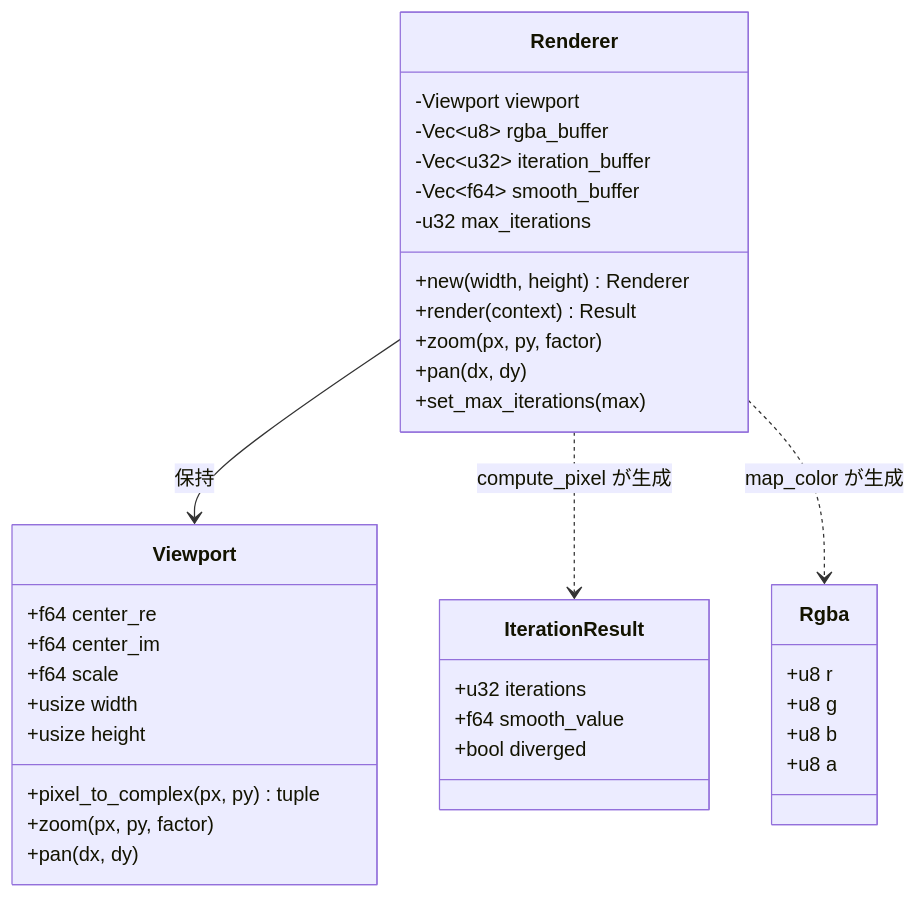
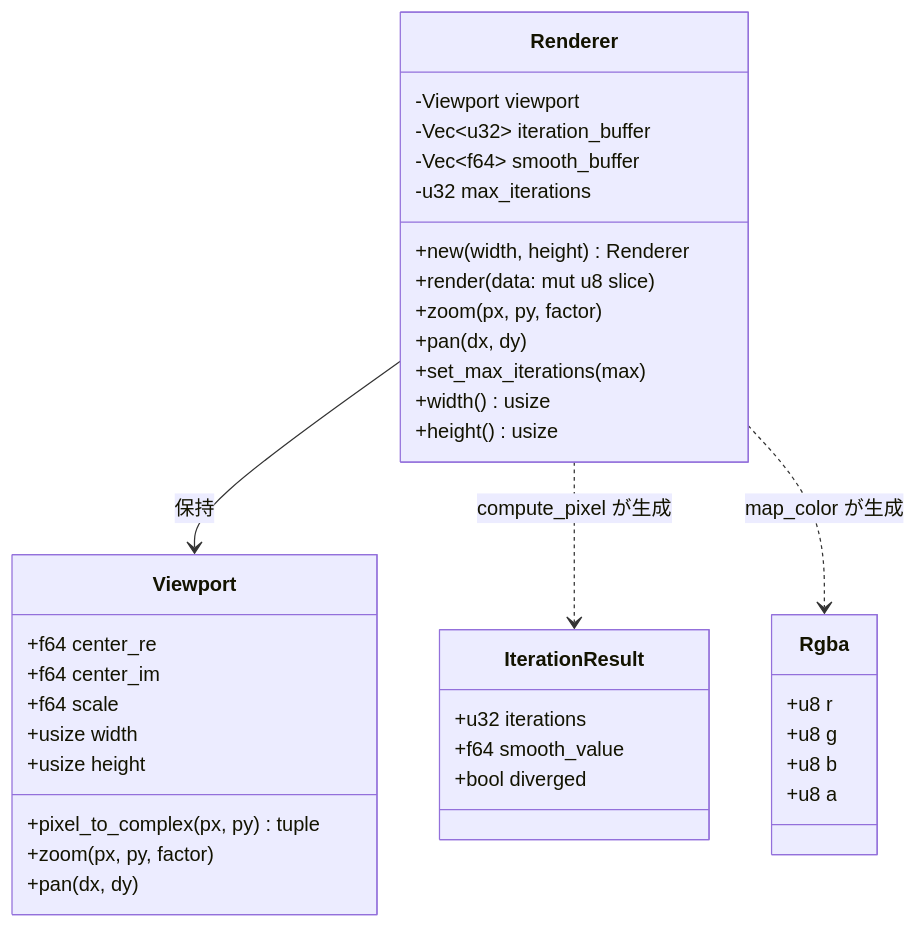
One commit to Yamazaki-Kei7/mandelbrot changed the fourth of 4 diagrams in .kiro/specs/mandelbrot-wasm-renderer/design.md. Above: the diagram before and after it, drawn with Mermaid. The commit also changed other lines of this file and 1 other file, not shown here.

````diff
--- a/.kiro/specs/mandelbrot-wasm-renderer/design.md
+++ b/.kiro/specs/mandelbrot-wasm-renderer/design.md
@@ -371,43 +471,44 @@
 ```mermaid
 classDiagram
     class Viewport {
         +f64 center_re
         +f64 center_im
         +f64 scale
         +usize width
         +usize height
         +pixel_to_complex(px, py) tuple
         +zoom(px, py, factor)
         +pan(dx, dy)
     }
 
     class IterationResult {
         +u32 iterations
         +f64 smooth_value
         +bool diverged
     }
 
     class Rgba {
         +u8 r
         +u8 g
         +u8 b
         +u8 a
     }
 
     class Renderer {
         -Viewport viewport
-        -Vec~u8~ rgba_buffer
         -Vec~u32~ iteration_buffer
         -Vec~f64~ smooth_buffer
         -u32 max_iterations
         +new(width, height) Renderer
-        +render(context) Result
+        +render(data: mut u8 slice)
         +zoom(px, py, factor)
         +pan(dx, dy)
         +set_max_iterations(max)
+        +width() usize
+        +height() usize
     }
 
     Renderer --> Viewport : 保持
     Renderer ..> IterationResult : compute_pixel が生成
     Renderer ..> Rgba : map_color が生成
 ```
````
